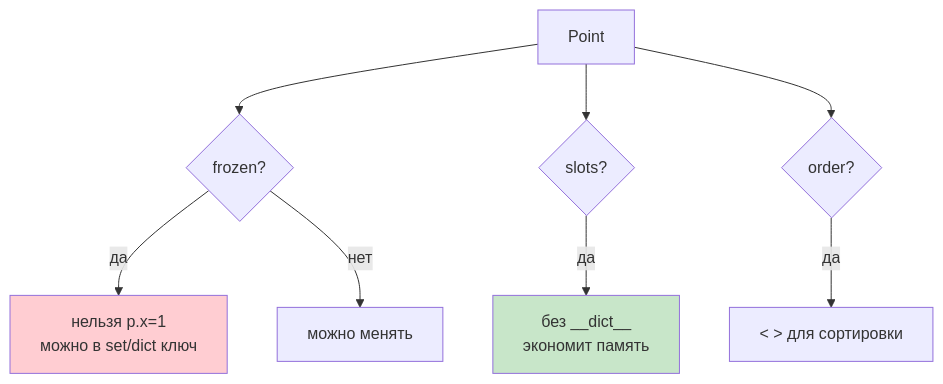
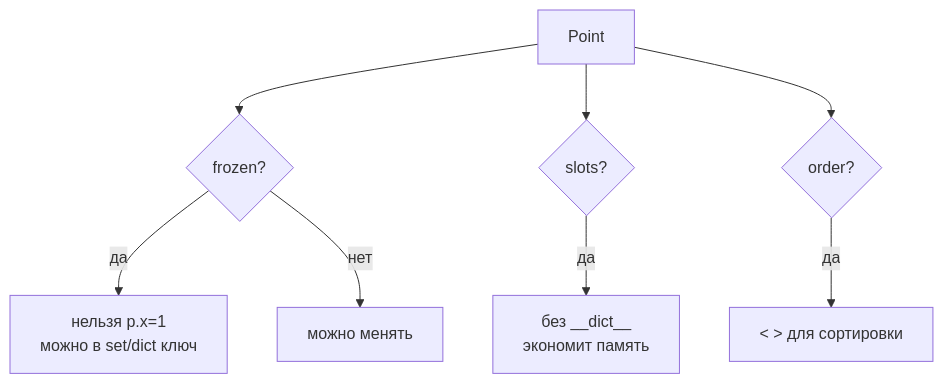
Before and after one commit to JayStorm228/College: the second of 3 diagrams in 02_Курсы/01. Инженерные практики Python/01_Лекции/04. Датаклассы — когда и как, и где дополняет Pydantic.md, drawn with Mermaid. The commit also changed other lines of this file and 30 other files, not shown here.

First line of the commit message:
переименование NumPy лекций под академические заголовки + стандартные диаграммы

````diff
--- a/02_Курсы/01. Инженерные практики Python/01_Лекции/04. Датаклассы — когда и как, и где дополняет Pydantic.md
+++ b/02_Курсы/01. Инженерные практики Python/01_Лекции/04. Датаклассы — когда и как, и где дополняет Pydantic.md
@@ -101,12 +99,10 @@
 ```mermaid
 flowchart TD
   P[Point] --> F{frozen?}
   F -- да --> F1[нельзя p.x=1<br>можно в set/dict ключ]
   F -- нет --> F2[можно менять]
   P --> S{slots?}
   S -- да --> S1[без __dict__<br>экономит память]
   P --> O{order?}
   O -- да --> O1[< > для сортировки]
-  style F1 fill:#ffcdd2
-  style S1 fill:#c8e6c9
 ```
````
